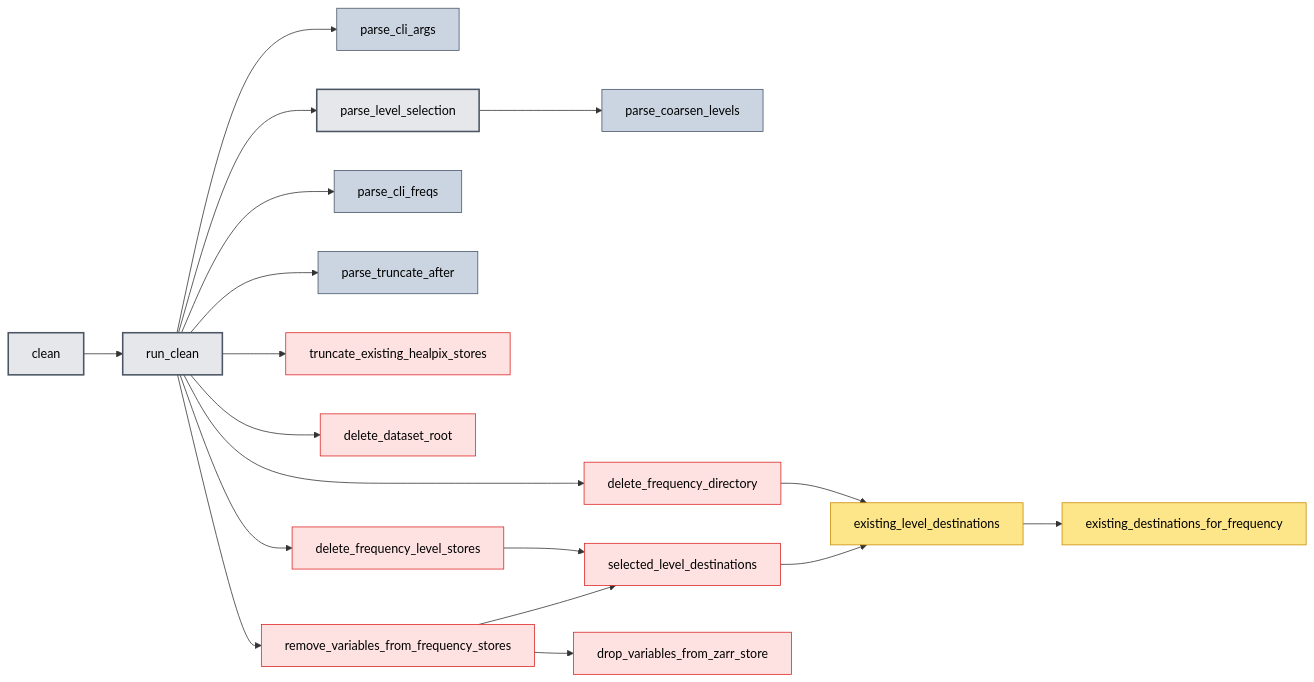
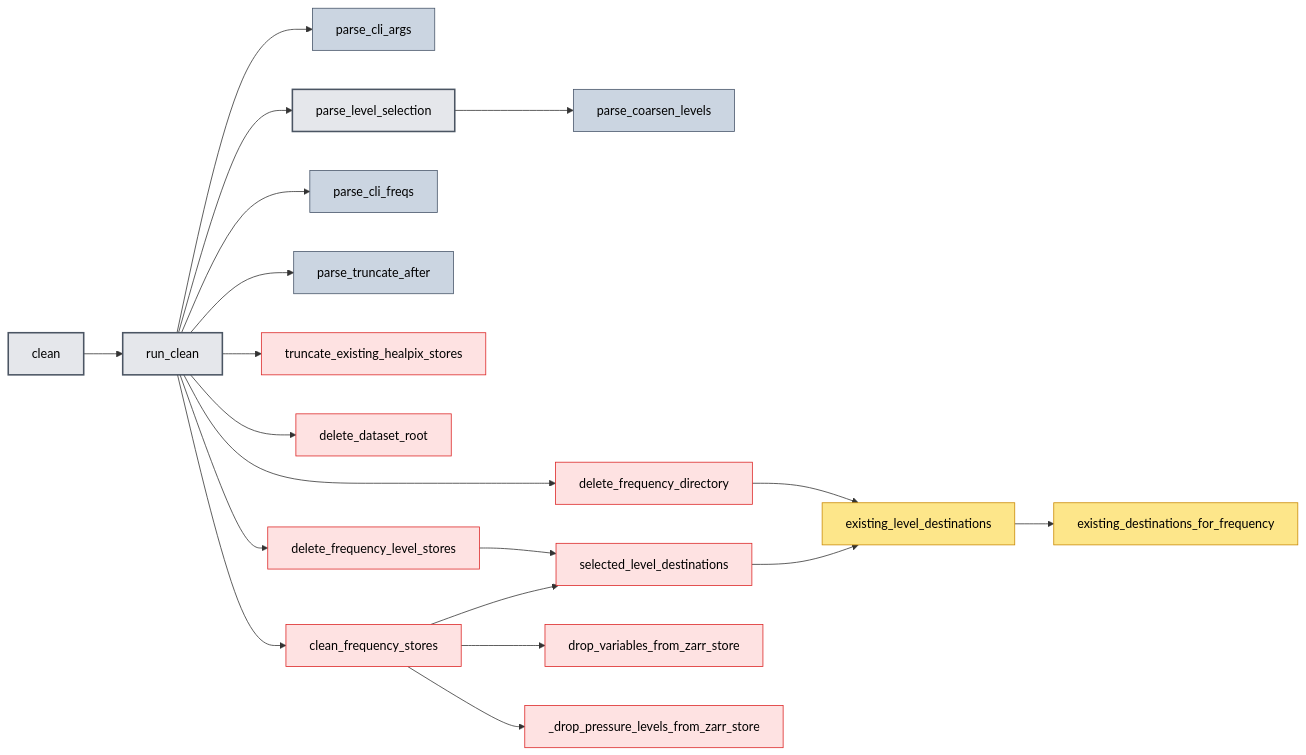
One commit to freva-org/grid-doctor changed the ninth of 11 diagrams in scripts/era5land/FUNCTION_CALL_GRAPH.md. Above: the diagram before and after it, drawn with Mermaid. The commit also changed other lines of this file and 11 other files, not shown here.

First line of the commit message:
feat(clean): support pressure-level cleanup and stable plev updates

````diff
--- a/scripts/era5land/FUNCTION_CALL_GRAPH.md
+++ b/scripts/era5land/FUNCTION_CALL_GRAPH.md
@@ -456,29 +457,30 @@
 ```mermaid
 flowchart LR
     clean[clean] --> run_clean
     run_clean --> parse_cli_args
     run_clean --> parse_level_selection
     parse_level_selection --> parse_coarsen_levels
     run_clean --> parse_cli_freqs
     run_clean --> parse_truncate_after
     run_clean --> truncate_existing_healpix_stores
     run_clean --> delete_dataset_root
     run_clean --> delete_frequency_directory
     delete_frequency_directory --> existing_level_destinations
     existing_level_destinations --> existing_destinations_for_frequency
     run_clean --> delete_frequency_level_stores
     delete_frequency_level_stores --> selected_level_destinations
     selected_level_destinations --> existing_level_destinations
-    run_clean --> remove_variables_from_frequency_stores
-    remove_variables_from_frequency_stores --> selected_level_destinations
-    remove_variables_from_frequency_stores --> drop_variables_from_zarr_store
+    run_clean --> clean_frequency_stores
+    clean_frequency_stores --> selected_level_destinations
+    clean_frequency_stores --> drop_variables_from_zarr_store
+    clean_frequency_stores --> _drop_pressure_levels_from_zarr_store
 
     class clean,run_clean,parse_level_selection remapper
     class parse_cli_args,parse_cli_freqs,parse_truncate_after,parse_coarsen_levels supporting
-    class truncate_existing_healpix_stores,delete_dataset_root,delete_frequency_directory,delete_frequency_level_stores,selected_level_destinations,remove_variables_from_frequency_stores,drop_variables_from_zarr_store cleanup
+    class truncate_existing_healpix_stores,delete_dataset_root,delete_frequency_directory,delete_frequency_level_stores,selected_level_destinations,clean_frequency_stores,drop_variables_from_zarr_store,_drop_pressure_levels_from_zarr_store cleanup
     class existing_level_destinations,existing_destinations_for_frequency formatter
     classDef remapper fill:#e5e7eb,stroke:#4b5563,color:#000000,stroke-width:2px
     classDef formatter fill:#fde68a,stroke:#ca8a04,color:#000000
     classDef cleanup fill:#fee2e2,stroke:#dc2626,color:#000000
     classDef supporting fill:#cbd5e1,stroke:#475569,color:#000000
 ```
````
